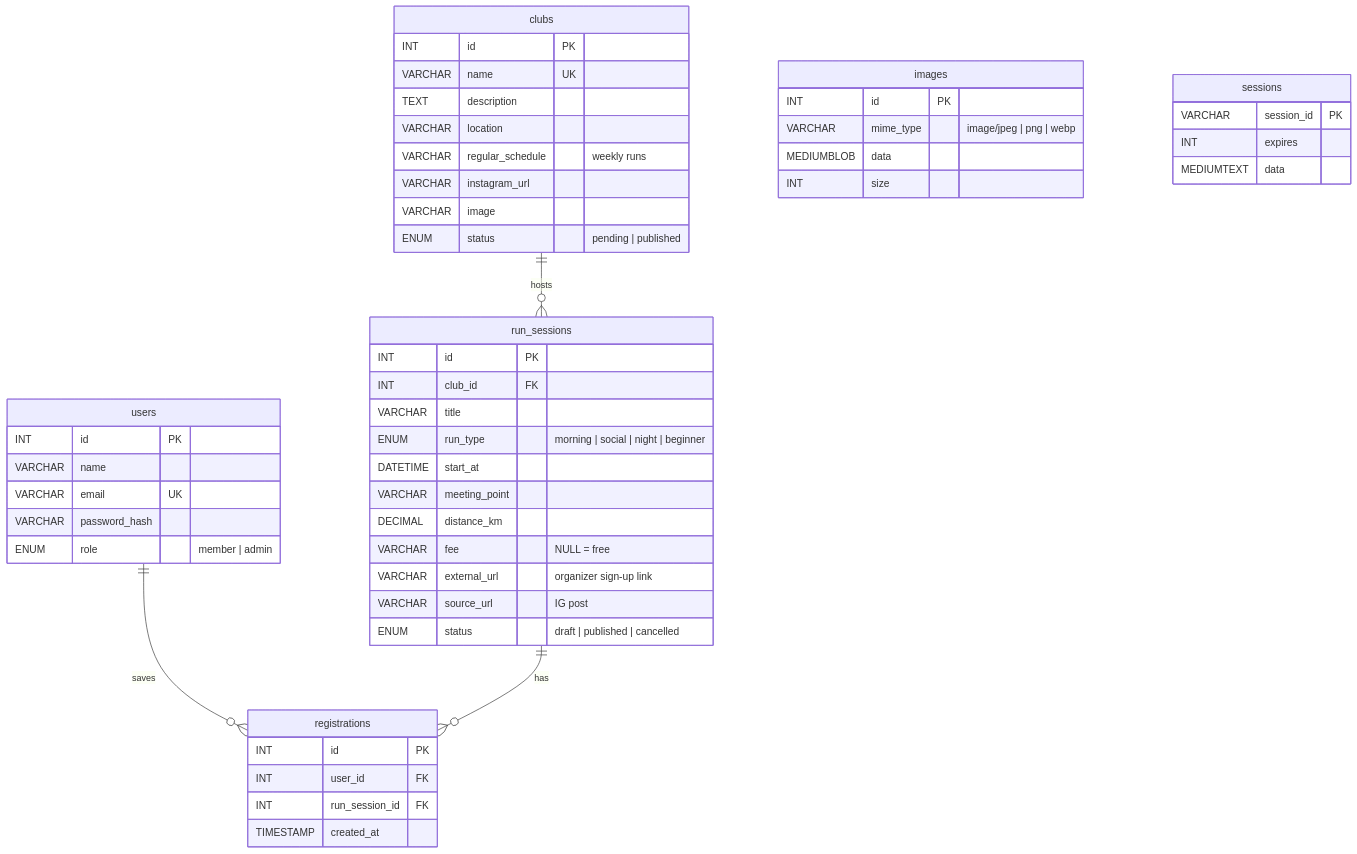
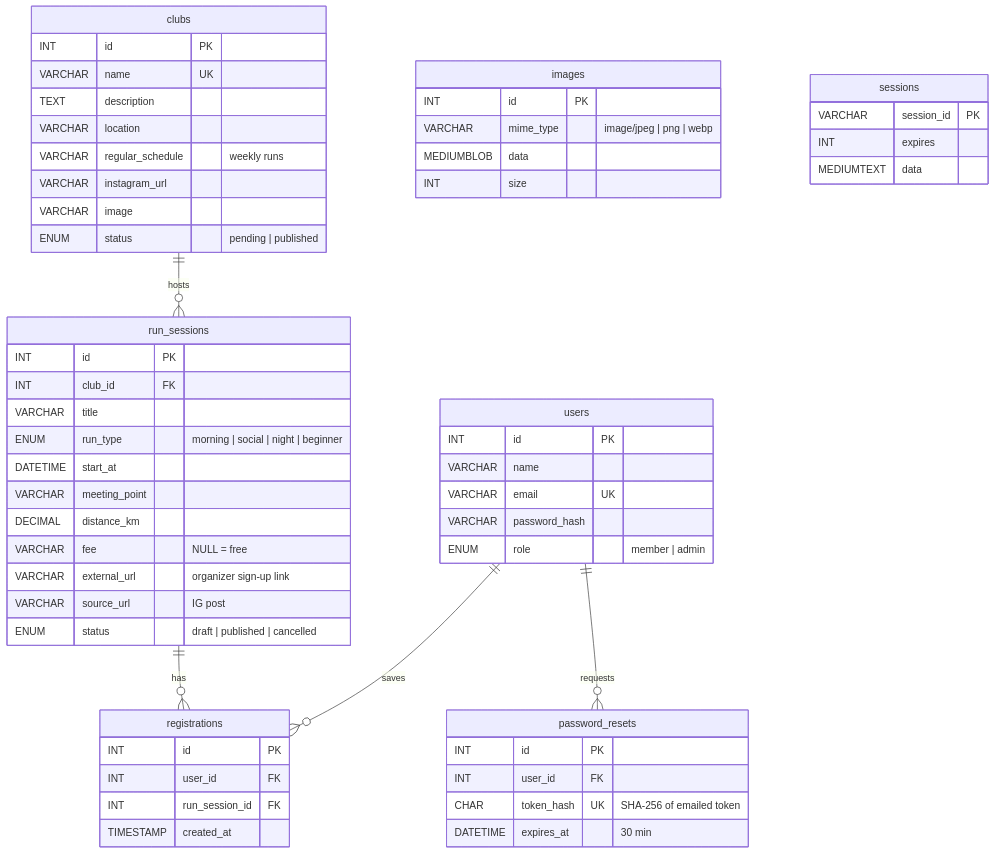
One commit to pakamonnoey/runclubver2 changed the diagram in database/README.md. Above: the diagram before and after it, drawn with Mermaid. The commit also changed other lines of this file and 19 other files, not shown here.

Commit message:
UI polish (events/clubs/detail readability, filter selects, no sticky aside); forgot password via emailed reset link (Brevo HTTP API); shared password rules; DBeaver SSL note

````diff
--- a/database/README.md
+++ b/database/README.md
@@ -7,54 +7,61 @@
 ```mermaid
 erDiagram
     users ||--o{ registrations : "saves"
+    users ||--o{ password_resets : "requests"
     clubs ||--o{ run_sessions : "hosts"
     run_sessions ||--o{ registrations : "has"
 
     users {
         INT id PK
         VARCHAR name
         VARCHAR email UK
         VARCHAR password_hash
         ENUM role "member | admin"
     }
     clubs {
         INT id PK
         VARCHAR name UK
         TEXT description
         VARCHAR location
         VARCHAR regular_schedule "weekly runs"
         VARCHAR instagram_url
         VARCHAR image
         ENUM status "pending | published"
     }
     run_sessions {
         INT id PK
         INT club_id FK
         VARCHAR title
         ENUM run_type "morning | social | night | beginner"
         DATETIME start_at
         VARCHAR meeting_point
         DECIMAL distance_km
         VARCHAR fee "NULL = free"
         VARCHAR external_url "organizer sign-up link"
         VARCHAR source_url "IG post"
         ENUM status "draft | published | cancelled"
     }
+    password_resets {
+        INT id PK
+        INT user_id FK
+        CHAR token_hash UK "SHA-256 of emailed token"
+        DATETIME expires_at "30 min"
+    }
     registrations {
         INT id PK
         INT user_id FK
         INT run_session_id FK
         TIMESTAMP created_at
     }
     images {
         INT id PK
         VARCHAR mime_type "image/jpeg | png | webp"
         MEDIUMBLOB data
         INT size
     }
     sessions {
         VARCHAR session_id PK
         INT expires
         MEDIUMTEXT data
     }
 ```
````
